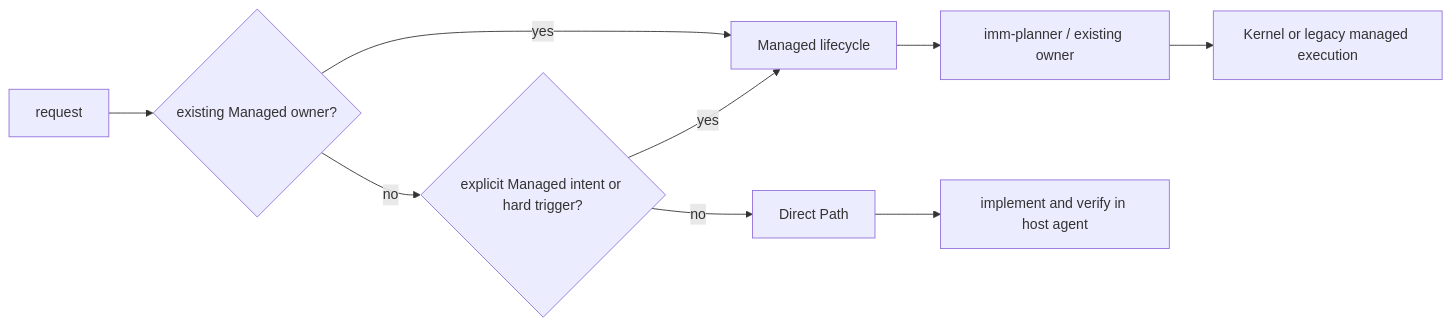
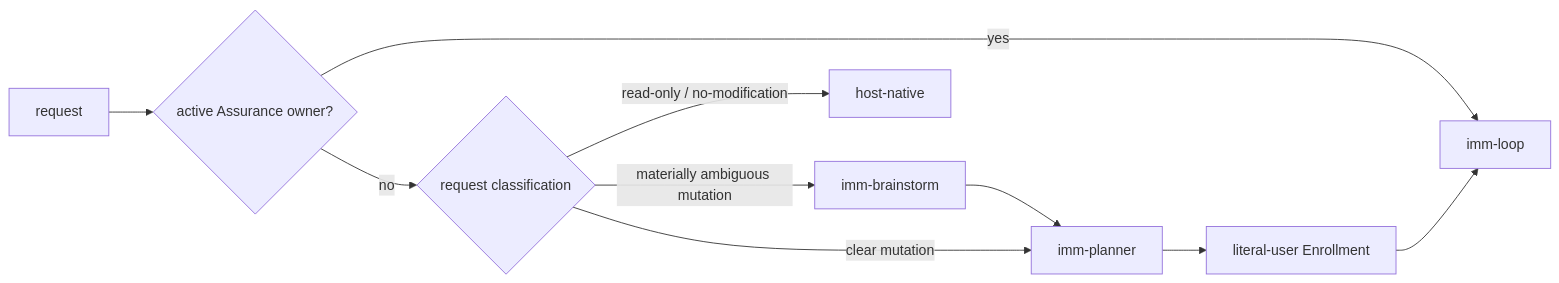
The first of 2 diagrams in plugins/immune-brain/README.md (dereknex/immune-brain), drawn with Mermaid before and after one commit. The commit also changed other lines of this file and 28 other files, not shown here.

Commit message:
feat: default repository mutations to Managed Path (#8)

````diff
--- a/plugins/immune-brain/README.md
+++ b/plugins/immune-brain/README.md
@@ -27,11 +27,12 @@
 ```mermaid
 flowchart LR
-  request[request] --> owner{existing Managed owner?}
-  owner -->|yes| managed[Managed lifecycle]
-  owner -->|no| risk{explicit Managed intent or hard trigger?}
-  risk -->|yes| managed
-  risk -->|no| direct[Direct Path]
-  direct --> implement[implement and verify in host agent]
-  managed --> planner[imm-planner / existing owner]
-  planner --> work[Kernel or legacy managed execution]
+  request[request] --> owner{active Assurance owner?}
+  owner -->|yes| loop[imm-loop]
+  owner -->|no| classify{request classification}
+  classify -->|read-only / no-modification| host[host-native]
+  classify -->|materially ambiguous mutation| brainstorm[imm-brainstorm]
+  classify -->|clear mutation| planner[imm-planner]
+  brainstorm --> planner
+  planner --> enroll[literal-user Enrollment]
+  enroll --> loop
 ```
````
